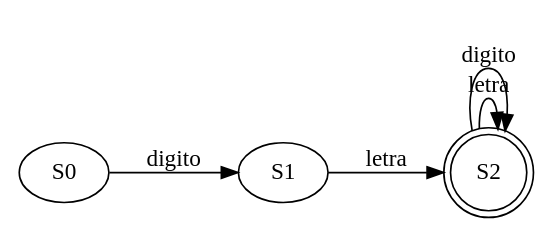
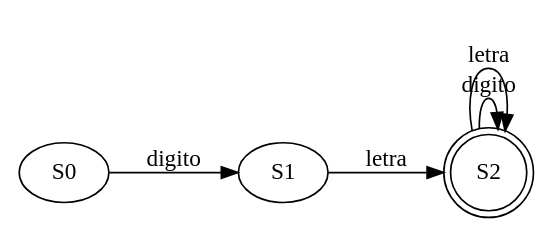
Before and after one commit to JeffMendez/OCL_Proyecto1_201901557: the diagram in Regexive/archivos/AFD_201901557/RegTest.dot, drawn with Graphviz. The commit also changed 31 other files, not shown here.

```diff
--- a/Regexive/archivos/AFD_201901557/RegTest.dot
+++ b/Regexive/archivos/AFD_201901557/RegTest.dot
@@ -1,4 +1,4 @@
 digraph G {
 	rankdir=LR
-	S0 -> S1 [label="digito"]	S1 -> S2 [label="letra"]	S2 [shape="doublecircle"]	S2 -> S2 [label="letra"]	S2 -> S2 [label="digito"]
+	S0 -> S1 [label="digito"]	S1 -> S2 [label="letra"]	S2 [shape="doublecircle"]	S2 -> S2 [label="digito"]	S2 -> S2 [label="letra"]
 }
```
